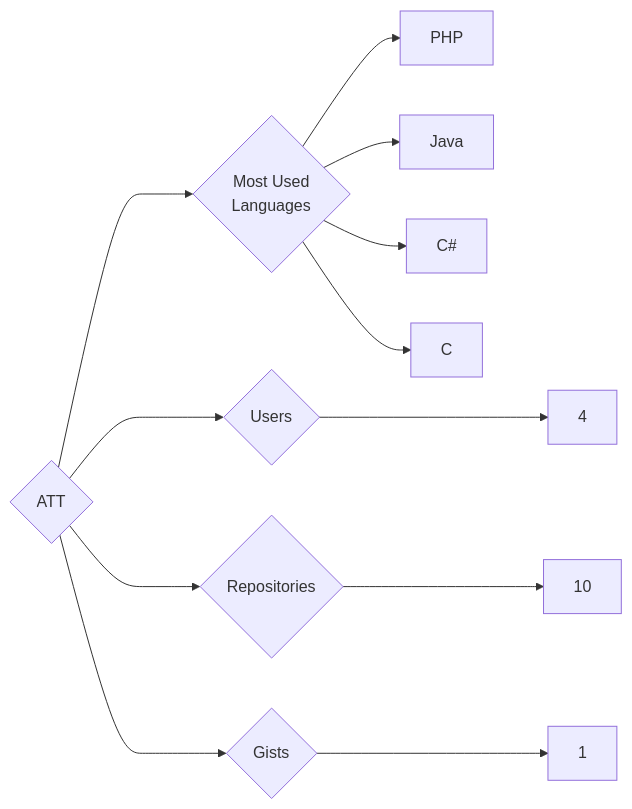
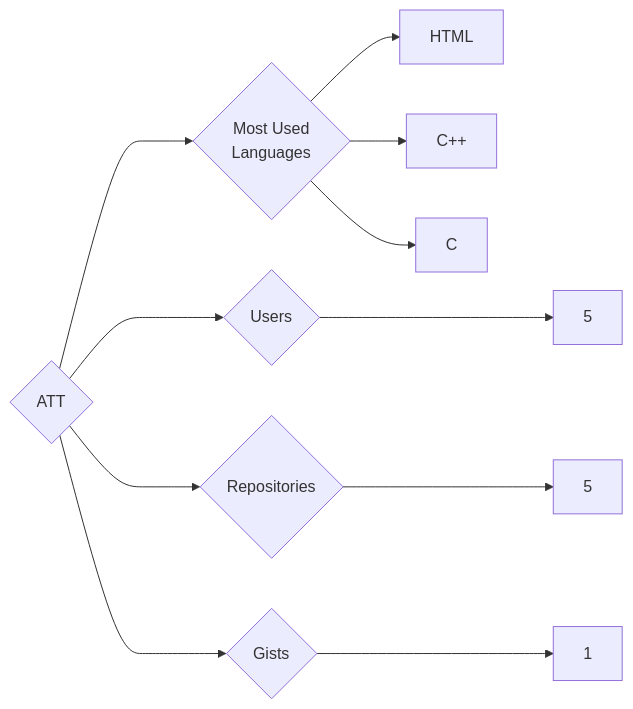
Before and after one commit to trickest/insiders: the diagram in targets/ATT/README.md, drawn with Mermaid. The commit also changed 783 other files, not shown here.

````diff
--- a/targets/ATT/README.md
+++ b/targets/ATT/README.md
@@ -3,12 +3,11 @@
 ```mermaid
 graph LR
 COMPANY_NAME{ATT}
-COMPANY_NAME ---> U{Users} ---> UN[4]
-COMPANY_NAME ---> R{Repositories} ---> RN[10]
+COMPANY_NAME ---> U{Users} ---> UN[5]
+COMPANY_NAME ---> R{Repositories} ---> RN[5]
 COMPANY_NAME ---> G{Gists} ---> GN[1]
 COMPANY_NAME ---> ML{Most Used<br>Languages}
-ML --> PHP[PHP]
-ML --> Java[Java]
-ML --> C#[C#]
+ML --> HTML[HTML]
+ML --> C++[C++]
 ML --> C[C]
 ```
````
